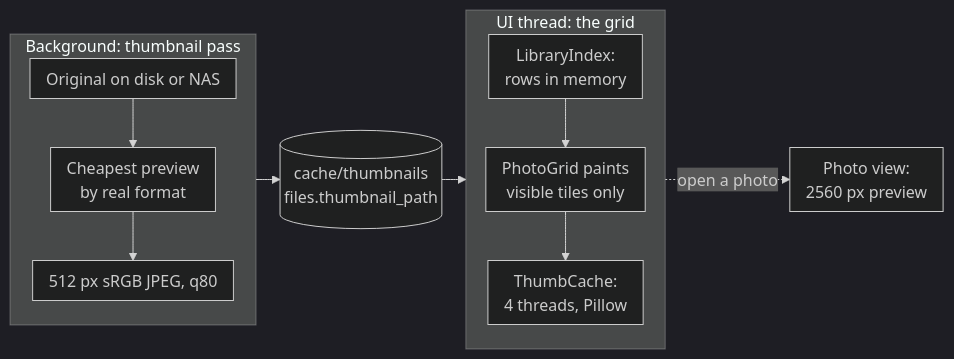
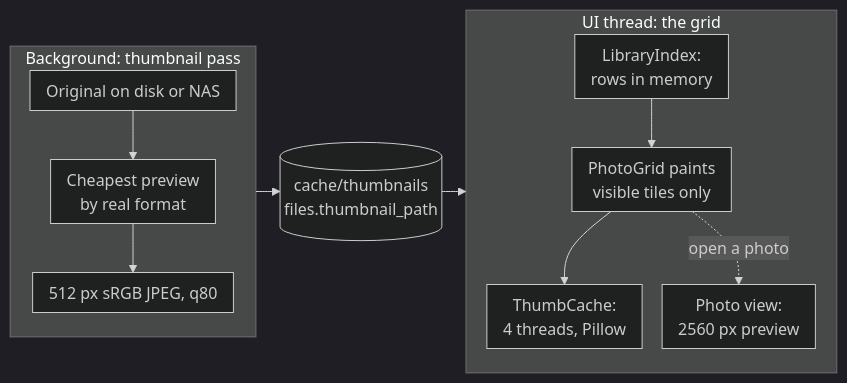
Before and after one commit to AxialForge/Lunelis: the fifth of 14 diagrams in docs/src/dataflow-lunelis.md, drawn with Mermaid (dark theme). The commit also changed other lines of this file and 9 other files, not shown here.

Commit message:
Add engine, data-flow and audit pilot documents; kit fixes for table widths

````diff
--- a/docs/src/dataflow-lunelis.md
+++ b/docs/src/dataflow-lunelis.md
@@ -159,15 +159,15 @@
 ```mermaid Thumbnails are made once, in the background. The grid only ever loads the small cached JPEGs.
 %%{init: {"flowchart": {"rankSpacing": 24, "nodeSpacing": 20, "padding": 8}}}%%
 flowchart LR
   subgraph c1["Background: thumbnail pass"]
     direction TB
     o["Original on disk or NAS"] --> p["Cheapest preview<br/>by real format"] --> j["512 px sRGB JPEG, q80"]
   end
   c[("cache/thumbnails<br/>files.thumbnail_path")]
   subgraph c2["UI thread: the grid"]
     direction TB
     i["LibraryIndex:<br/>rows in memory"] --> g["PhotoGrid paints<br/>visible tiles only"] --> t["ThumbCache:<br/>4 threads, Pillow"]
+    g -. "open a photo" .-> v["Photo view:<br/>2560 px preview"]
   end
   c1 --> c --> c2
-  c2 -. "open a photo" .-> v["Photo view:<br/>2560 px preview"]
 ```
````
